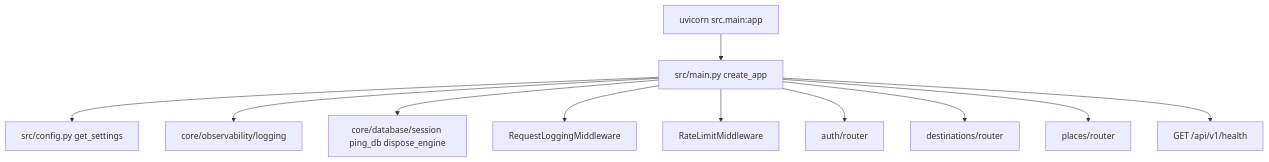
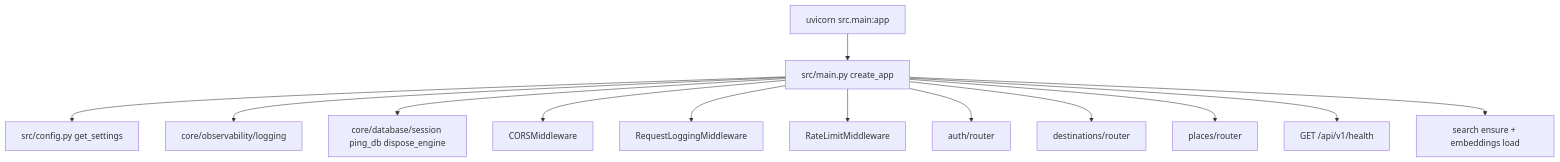
The first of 8 diagrams in docs/manual/04-imports-and-wiring.md (RudraPramanik/agentic-guide-system), drawn with Mermaid before and after one commit. The commit also changed other lines of this file and 35 other files, not shown here.

````diff
--- a/docs/manual/04-imports-and-wiring.md
+++ b/docs/manual/04-imports-and-wiring.md
@@ -11,13 +11,15 @@
 ```mermaid
 flowchart TD
   U[uvicorn src.main:app] --> M[src/main.py create_app]
   M --> CFG[src/config.py get_settings]
   M --> LOG[core/observability/logging]
   M --> DB[core/database/session ping_db dispose_engine]
+  M --> MW0[CORSMiddleware]
   M --> MW1[RequestLoggingMiddleware]
   M --> MW2[RateLimitMiddleware]
   M --> AR[auth/router]
   M --> DR[destinations/router]
   M --> PR[places/router]
   M --> H["GET /api/v1/health"]
+  M --> QD[search ensure + embeddings load]
 ```
````
